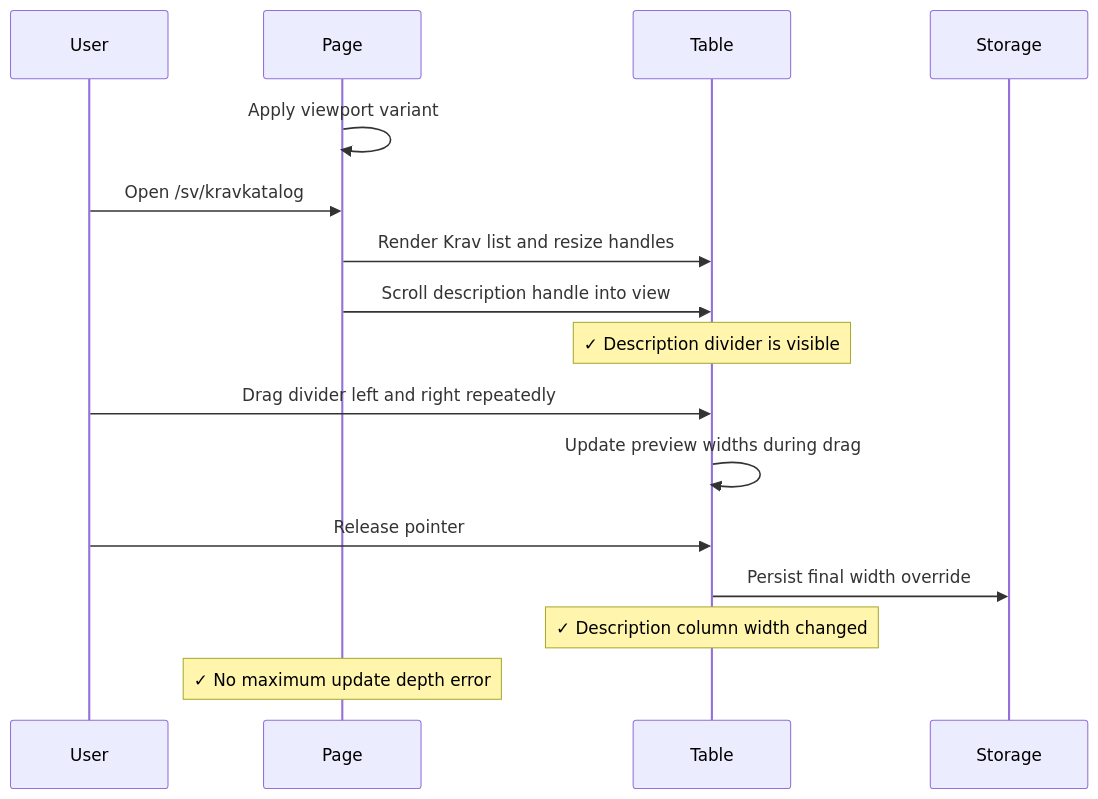
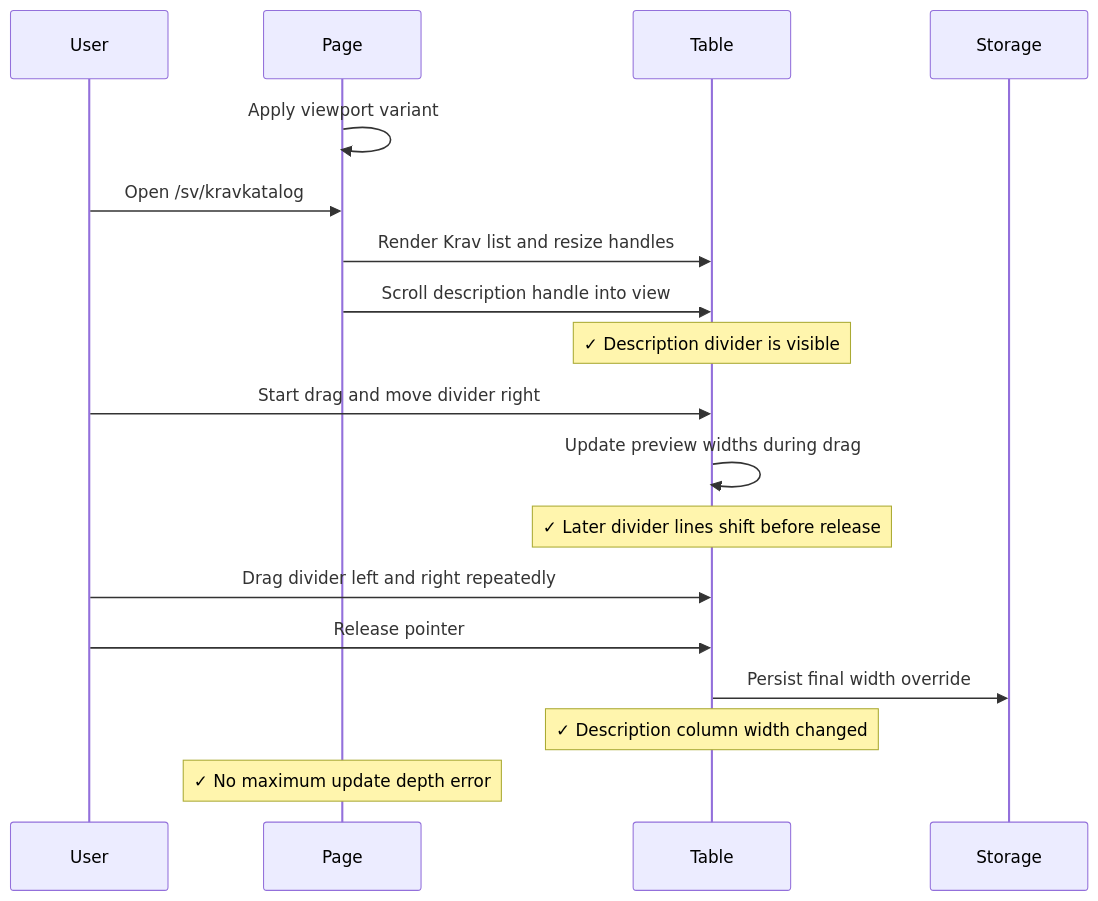
The second of 2 diagrams in tests/integration/requirements-table-resize.md (viscalyx/Kravhantering), drawn with Mermaid before and after one commit. The commit also changed other lines of this file and 4 other files, not shown here.

Commit message:
feat: enhance column resizing behavior to maintain alignment during drag

````diff
--- a/tests/integration/requirements-table-resize.md
+++ b/tests/integration/requirements-table-resize.md
@@ -87,19 +99,21 @@
 ```mermaid
 sequenceDiagram
     participant U as User
     participant P as Page
     participant T as Table
     participant S as Storage
 
     P->>P: Apply viewport variant
     U->>P: Open /sv/kravkatalog
     P->>T: Render Krav list and resize handles
     P->>T: Scroll description handle into view
     Note over T: ✓ Description divider is visible
+    U->>T: Start drag and move divider right
+    T->>T: Update preview widths during drag
+    Note over T: ✓ Later divider lines shift before release
     U->>T: Drag divider left and right repeatedly
-    T->>T: Update preview widths during drag
     U->>T: Release pointer
     T->>S: Persist final width override
     Note over T: ✓ Description column width changed
     Note over P: ✓ No maximum update depth error
 ```
````
